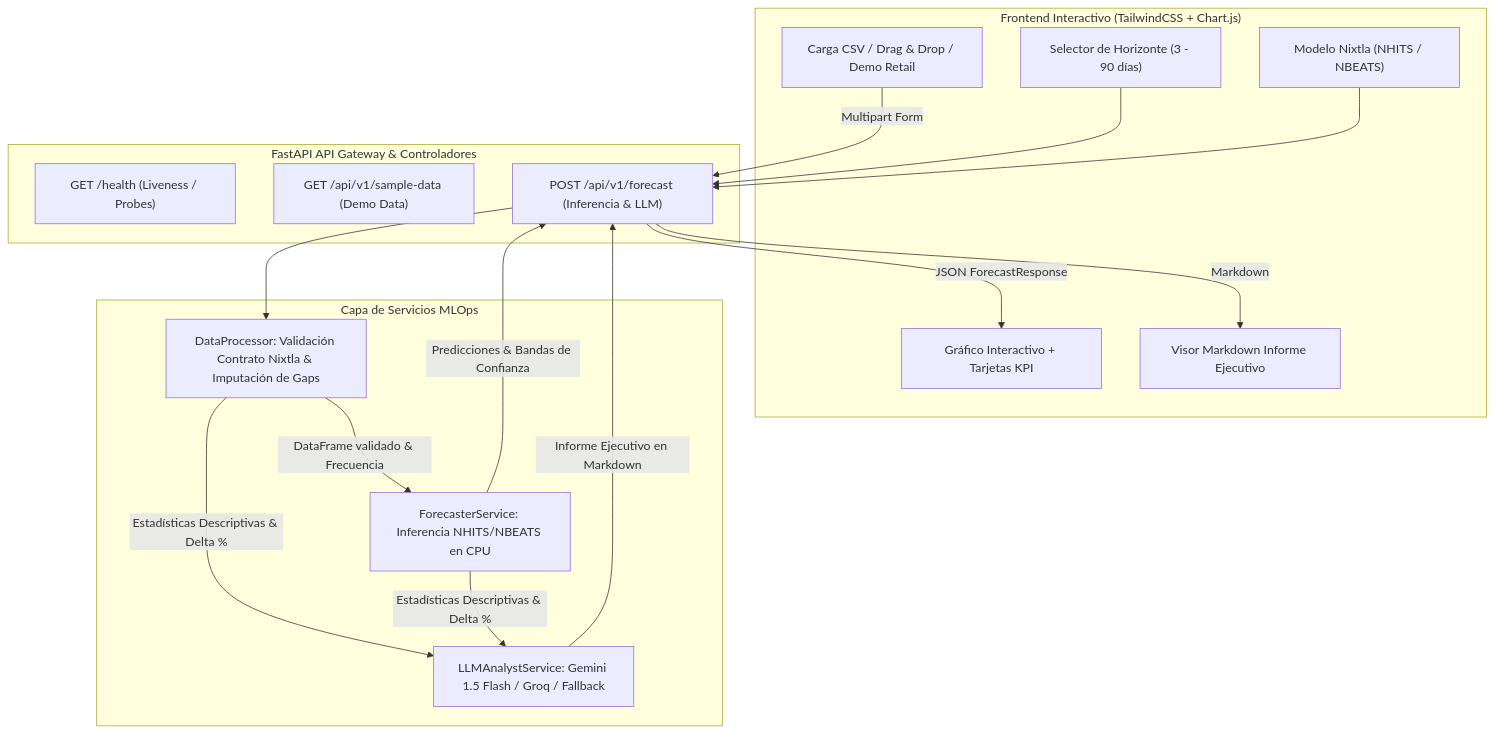
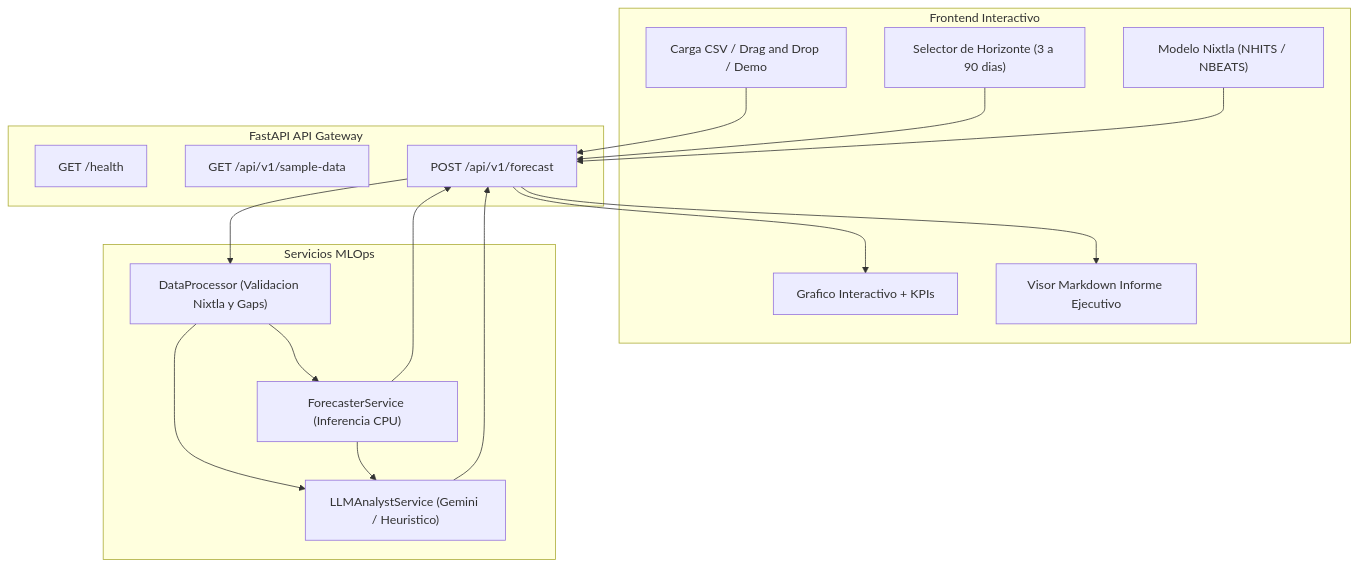
One commit to Arley-Economist-Dev/Retail-Forecast-AI changed the diagram in README.md. Above: the diagram before and after it, drawn with Mermaid. The commit also changed other lines of this file, not shown here.

Commit message:
docs: fix mermaid diagram syntax and repository URLs

````diff
--- a/README.md
+++ b/README.md
@@ -18,35 +18,36 @@
 ```mermaid
-flowchart TD
-    subgraph UI ["Frontend Interactivo (TailwindCSS + Chart.js)"]
-        UploadZone["Carga CSV / Drag & Drop / Demo Retail"]
-        Horizon["Selector de Horizonte (3 - 90 días)"]
+graph TD
+    subgraph UI ["Frontend Interactivo"]
+        UploadZone["Carga CSV / Drag and Drop / Demo"]
+        Horizon["Selector de Horizonte (3 a 90 dias)"]
         ModelSelect["Modelo Nixtla (NHITS / NBEATS)"]
-        Dashboard["Gráfico Interactivo + Tarjetas KPI"]
+        Dashboard["Grafico Interactivo + KPIs"]
         ReportViewer["Visor Markdown Informe Ejecutivo"]
     end
 
-    subgraph Backend ["FastAPI API Gateway & Controladores"]
-        HealthRoute["GET /health (Liveness / Probes)"]
-        SampleRoute["GET /api/v1/sample-data (Demo Data)"]
-        ForecastRoute["POST /api/v1/forecast (Inferencia & LLM)"]
+    subgraph Backend ["FastAPI API Gateway"]
+        HealthRoute["GET /health"]
+        SampleRoute["GET /api/v1/sample-data"]
+        ForecastRoute["POST /api/v1/forecast"]
     end
 
-    subgraph Services ["Capa de Servicios MLOps"]
-        DP["DataProcessor: Validación Contrato Nixtla & Imputación de Gaps"]
-        NF["ForecasterService: Inferencia NHITS/NBEATS en CPU"]
-        LLM["LLMAnalystService: Gemini 1.5 Flash / Groq / Fallback"]
+    subgraph Services ["Servicios MLOps"]
+        DP["DataProcessor (Validacion Nixtla y Gaps)"]
+        NF["ForecasterService (Inferencia CPU)"]
+        LLM["LLMAnalystService (Gemini / Heuristico)"]
     end
 
-    UploadZone -->|Multipart Form| ForecastRoute
+    UploadZone --> ForecastRoute
     Horizon --> ForecastRoute
     ModelSelect --> ForecastRoute
 
     ForecastRoute --> DP
-    DP -->|DataFrame validado & Frecuencia| NF
-    NF -->|Predicciones & Bandas de Confianza| ForecastRoute
-    DP & NF -->|Estadísticas Descriptivas & Delta %| LLM
-    LLM -->|Informe Ejecutivo en Markdown| ForecastRoute
+    DP --> NF
+    DP --> LLM
+    NF --> ForecastRoute
+    NF --> LLM
+    LLM --> ForecastRoute
 
-    ForecastRoute -->|JSON ForecastResponse| Dashboard
-    ForecastRoute -->|Markdown| ReportViewer
+    ForecastRoute --> Dashboard
+    ForecastRoute --> ReportViewer
 ```
````
